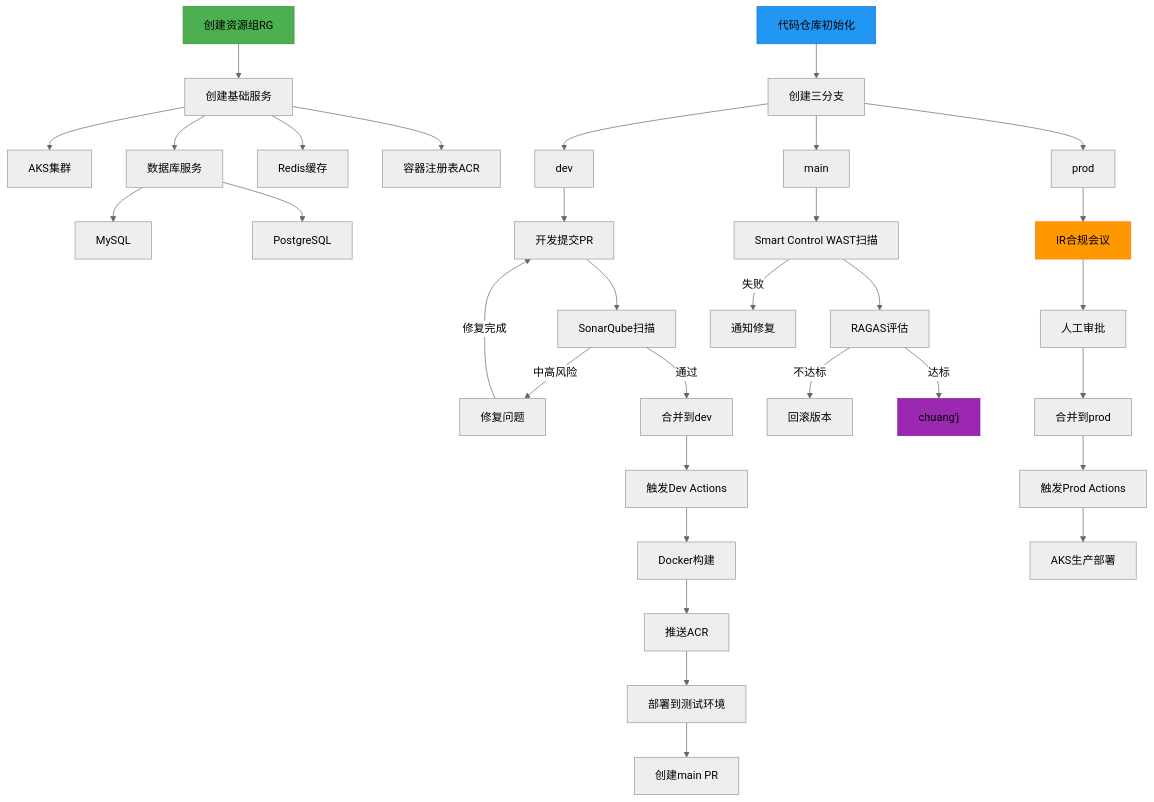
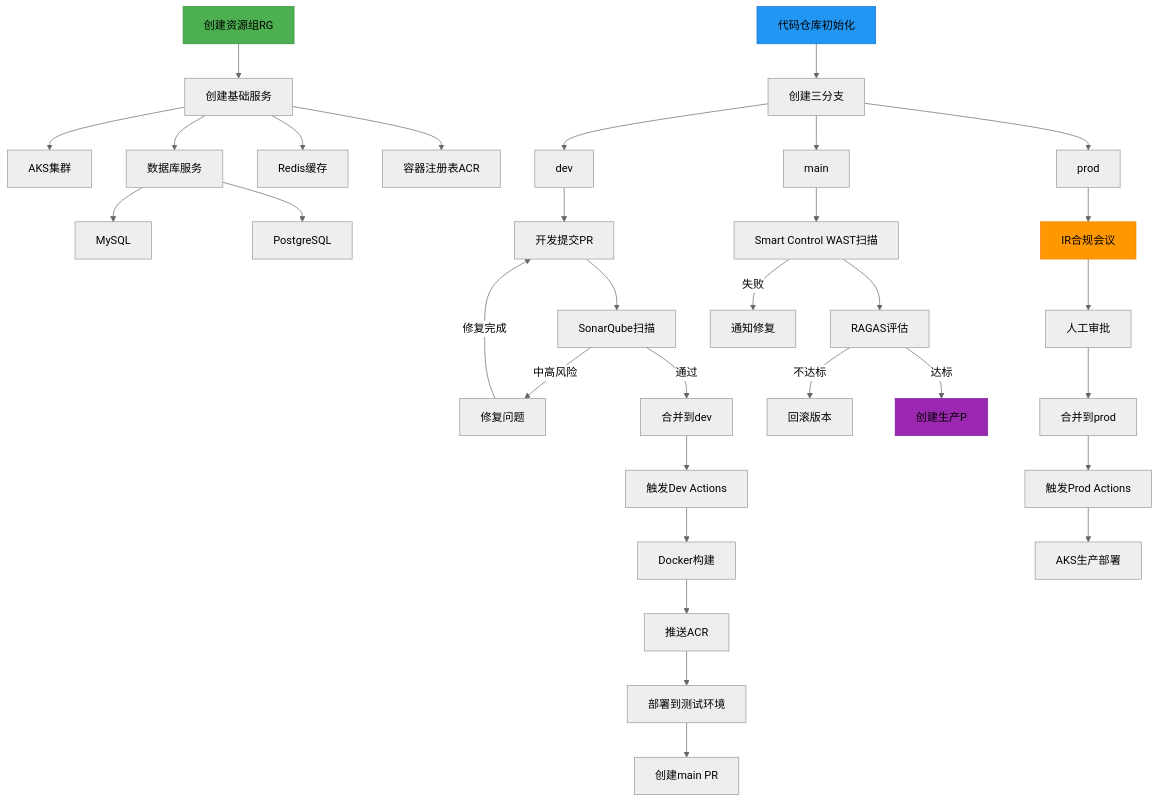
Before and after one commit to funnyData/iodraw-files: the diagram in all/未命名-1.md, drawn with Mermaid (neutral theme).

Commit message:
2025-02-27 09:20:32 update

````diff
--- a/all/未命名-1.md
+++ b/all/未命名-1.md
@@ -1,60 +1,60 @@
 ```mermaid
 graph TD
     A[创建资源组RG] --> B[创建基础服务]
     B --> C[AKS集群]
     B --> D[数据库服务]
     D --> DA[MySQL]
     D --> DB[PostgreSQL]
     B --> E[Redis缓存]
     B --> F[容器注册表ACR]
     
     G[代码仓库初始化] --> H[创建三分支]
     H --> I[dev]
     H --> J[main]
     H --> K[prod]
     K --> W[IR合规会议]
     J --> T[Smart Control WAST扫描]
     
     I --> L[开发提交PR]
     L --> M[SonarQube扫描]
     M -->|中高风险| N[修复问题]
     N -->|修复完成|L
     M -->|通过| O[合并到dev]
     
     O --> P[触发Dev Actions]
     P --> Q[Docker构建]
     Q --> R[推送ACR]
     R --> S[部署到测试环境]
     S --> SA[创建main PR]
     %% S -->V[创建生产PR]
 
     
     %% S --> T[Smart Control WAST扫描]
     %% T -->|失败| U[通知修复]
 
     
     %% T -->|通过| V[创建生产PR]
 T--> AD[RAGAS评估]
     AD -->|不达标| AE[回滚版本]
-    AD -->|达标| AF[chuang'j]
+    AD -->|达标| AF[创建生产P]
     T -->|失败| U[通知修复]
     
     %% V --> W[IR合规会议]
     W --> X[人工审批]
     X --> Y[合并到prod]
     
     Y --> Z[触发Prod Actions]
     Z --> AC[AKS生产部署]
     %% Z --> AA[安全扫描]
     %% AA -->|高风险| AB[终止部署]
     %% AA -->|通过| AC[AKS生产部署]
     
     %% AC --> AD[RAGAS评估]
     %% AD -->|不达标| AE[回滚版本]
     %% AD -->|达标| AF[完成上线]
     
     style A fill:#4CAF50,stroke:#388E3C
     style G fill:#2196F3,stroke:#1976D2
     style W fill:#FF9800,stroke:#F57C00
     style AF fill:#9C27B0,stroke:#7B1FA2
 ```
````
